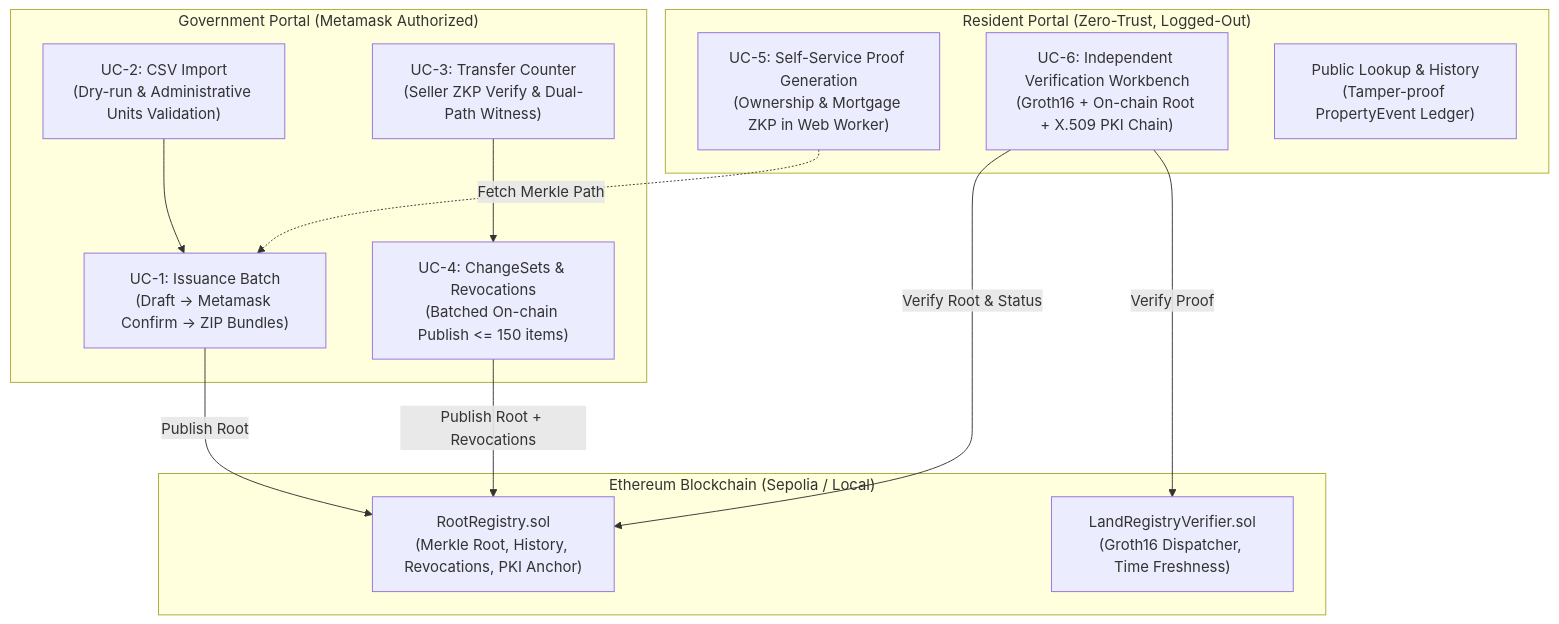
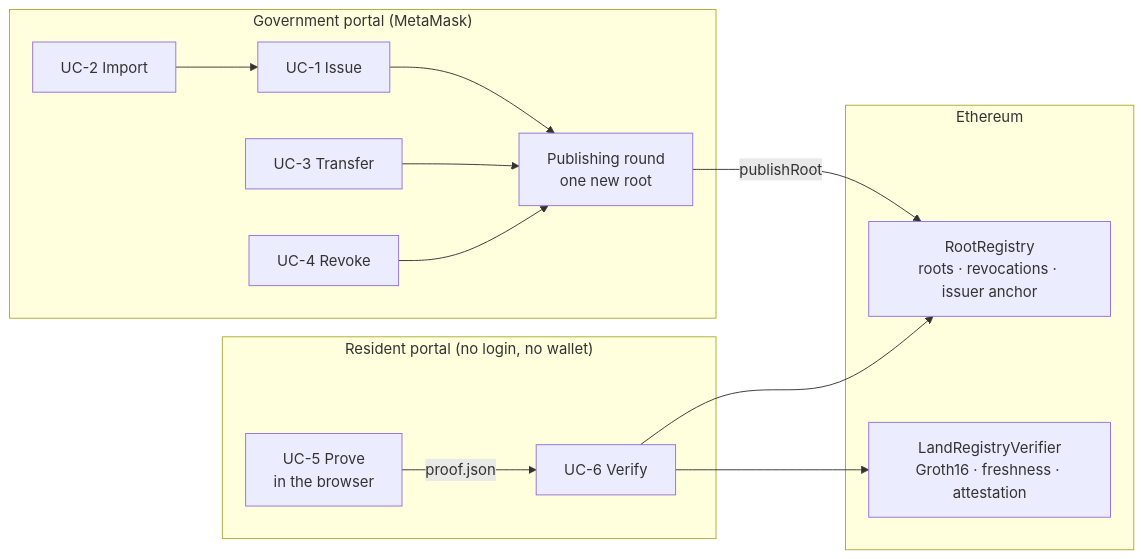
One commit to SnowAceAlex/land-registry-zkp changed the diagram in README.md. Above: the diagram before and after it, drawn with Mermaid. The commit also changed other lines of this file and 5 other files, not shown here.

````diff
--- a/README.md
+++ b/README.md
@@ -55,24 +22,21 @@
 ```mermaid
-flowchart TD
-    subgraph Government Portal ["Government Portal (Metamask Authorized)"]
-        UC2["UC-2: CSV Import<br/>(Dry-run & Administrative Units Validation)"] --> UC1["UC-1: Issuance Batch<br/>(Draft -> Metamask Confirm -> ZIP Bundles)"]
-        UC3["UC-3: Transfer Counter<br/>(Seller ZKP Verify & Dual-Path Witness)"] --> UC4["UC-4: ChangeSets & Revocations<br/>(Batched On-chain Publish <= 150 items)"]
+flowchart LR
+    subgraph Gov["Government portal (MetaMask)"]
+        UC2["UC-2 Import"] --> UC1["UC-1 Issue"]
+        UC3["UC-3 Transfer"]
+        UC4["UC-4 Revoke"]
+        UC1 & UC3 & UC4 --> ROUND["Publishing round<br/>one new root"]
     end
-
-    subgraph Blockchain ["Ethereum Blockchain (Sepolia / Local)"]
-        RR["RootRegistry.sol<br/>(Merkle Root, History, Revocations, PKI Anchor)"]
-        LRV["LandRegistryVerifier.sol<br/>(Groth16 Dispatcher, Time Freshness)"]
+    subgraph Chain["Ethereum"]
+        RR["RootRegistry<br/>roots · revocations · issuer anchor"]
+        LRV["LandRegistryVerifier<br/>Groth16 · freshness · attestation"]
     end
-
-    subgraph Resident Portal ["Resident Portal (Zero-Trust, Logged-Out)"]
-        UC5["UC-5: Self-Service Proof Generation<br/>(Ownership & Mortgage ZKP in Web Worker)"]
-        UC6["UC-6: Independent Verification Workbench<br/>(Groth16 + On-chain Root + X.509 PKI Chain)"]
-        HIST["Public Lookup & History<br/>(Tamper-proof PropertyEvent Ledger)"]
+    subgraph Res["Resident portal (no login, no wallet)"]
+        UC5["UC-5 Prove<br/>in the browser"]
+        UC6["UC-6 Verify"]
     end
-
-    UC1 -->|Publish Root| RR
-    UC4 -->|Publish Root + Revocations| RR
-    UC5 -.->|Fetch Merkle Path| UC1
-    UC6 -->|Verify Root & Status| RR
-    UC6 -->|Verify Proof| LRV
+    ROUND -->|publishRoot| RR
+    UC5 -->|proof.json| UC6
+    UC6 --> RR
+    UC6 --> LRV
 ```
````
